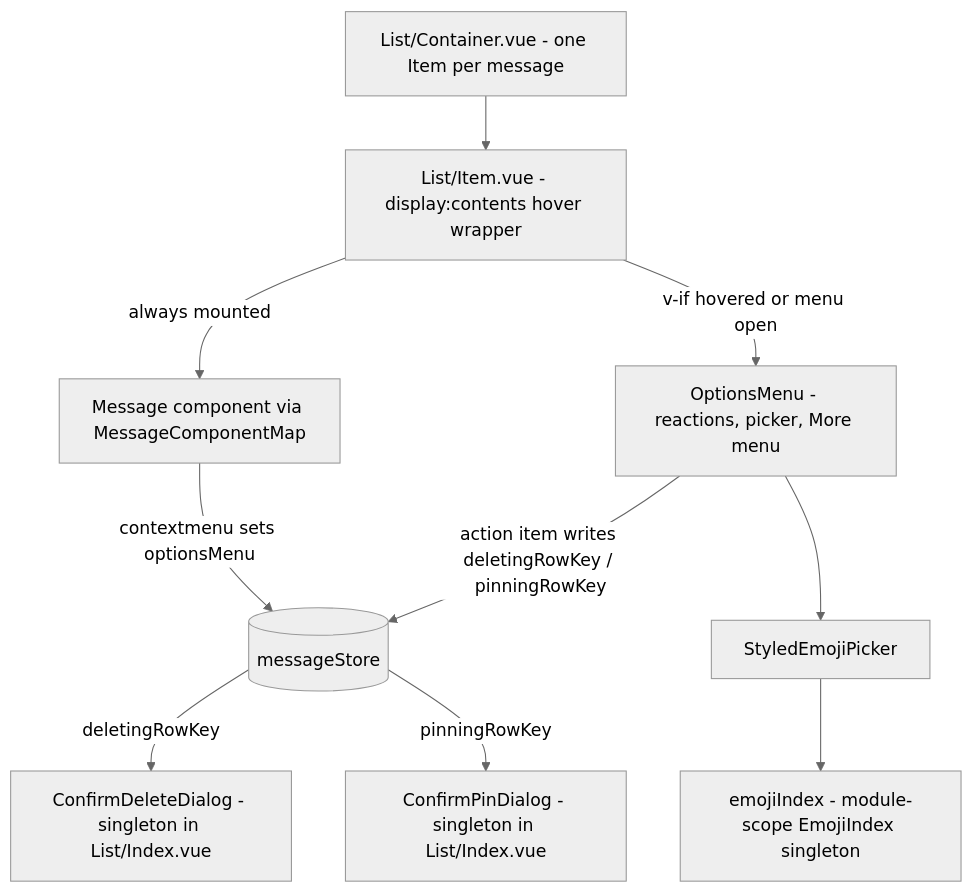
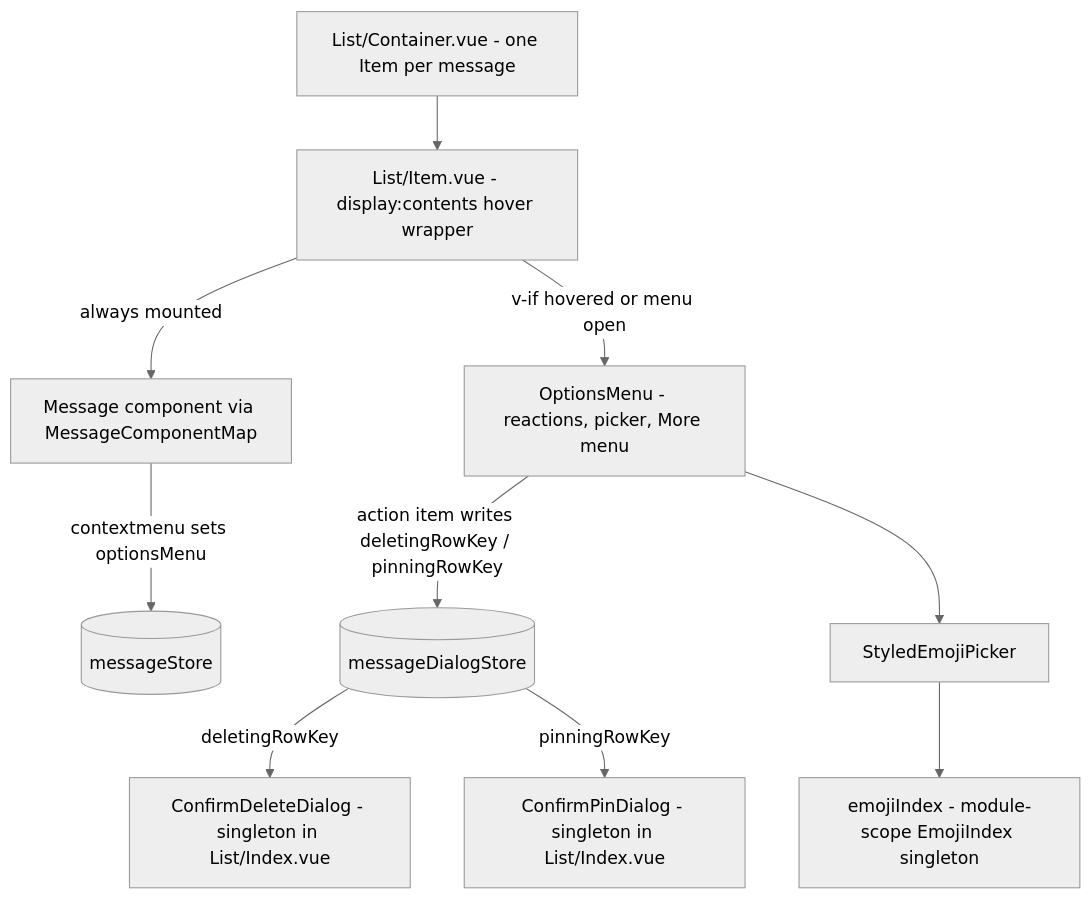
Before and after one commit to Esposter/Esposter: the diagram in packages/app/content/docs/esbabbler/message-list-rendering.md, drawn with Mermaid (neutral theme). The commit also changed other lines of this file and 35 other files, not shown here.

````diff
--- a/packages/app/content/docs/esbabbler/message-list-rendering.md
+++ b/packages/app/content/docs/esbabbler/message-list-rendering.md
@@ -18,12 +18,12 @@
 ```mermaid
 flowchart TD
     C[List/Container.vue - one Item per message] --> I[List/Item.vue - display:contents hover wrapper]
     I -->|always mounted| M[Message component via MessageComponentMap]
     I -->|v-if hovered or menu open| O[OptionsMenu - reactions, picker, More menu]
     M -->|contextmenu sets optionsMenu| S[(messageStore)]
-    O -->|action item writes deletingRowKey / pinningRowKey| S
-    S -->|deletingRowKey| D[ConfirmDeleteDialog - singleton in List/Index.vue]
-    S -->|pinningRowKey| P[ConfirmPinDialog - singleton in List/Index.vue]
+    O -->|action item writes deletingRowKey / pinningRowKey| DS[(messageDialogStore)]
+    DS -->|deletingRowKey| D[ConfirmDeleteDialog - singleton in List/Index.vue]
+    DS -->|pinningRowKey| P[ConfirmPinDialog - singleton in List/Index.vue]
     O --> E[StyledEmojiPicker]
     E --> X[emojiIndex - module-scope EmojiIndex singleton]
 ```
````
